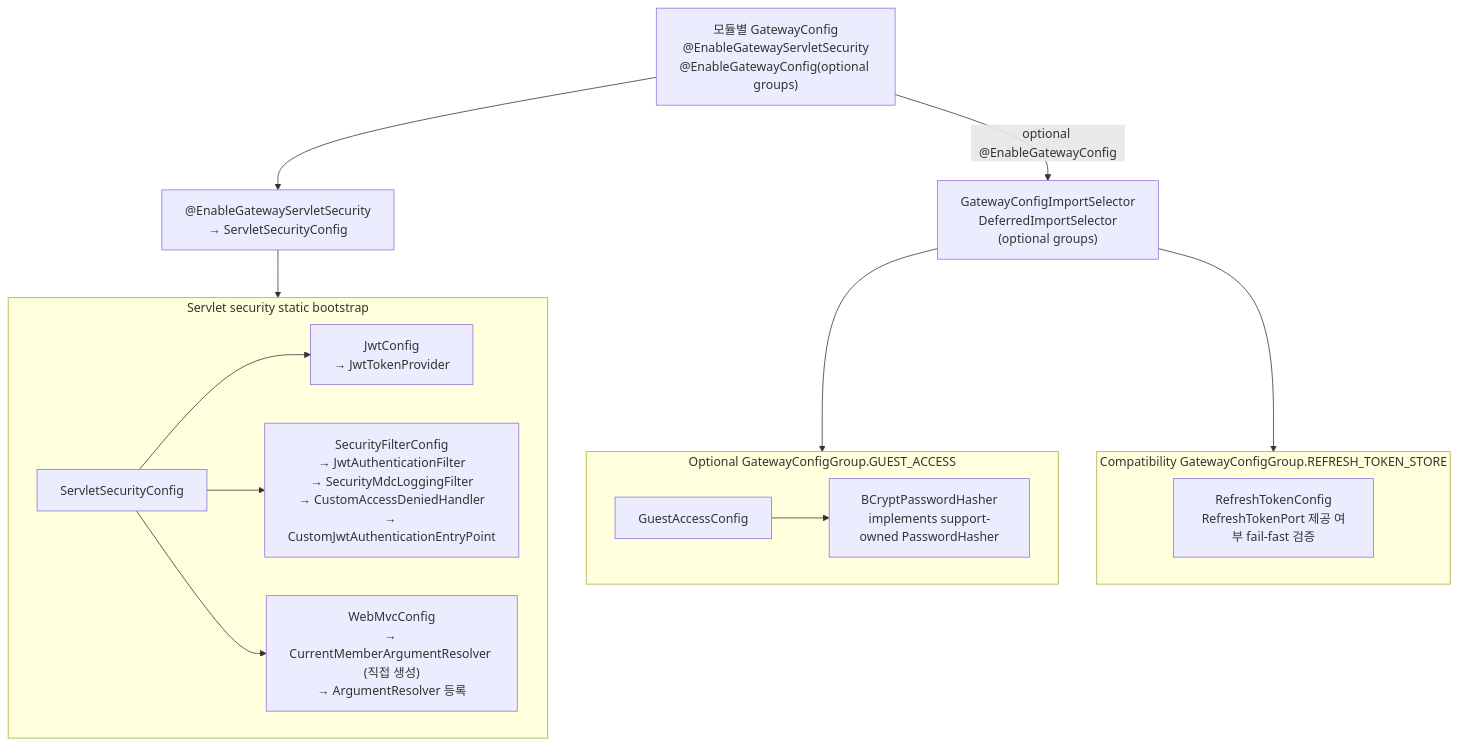
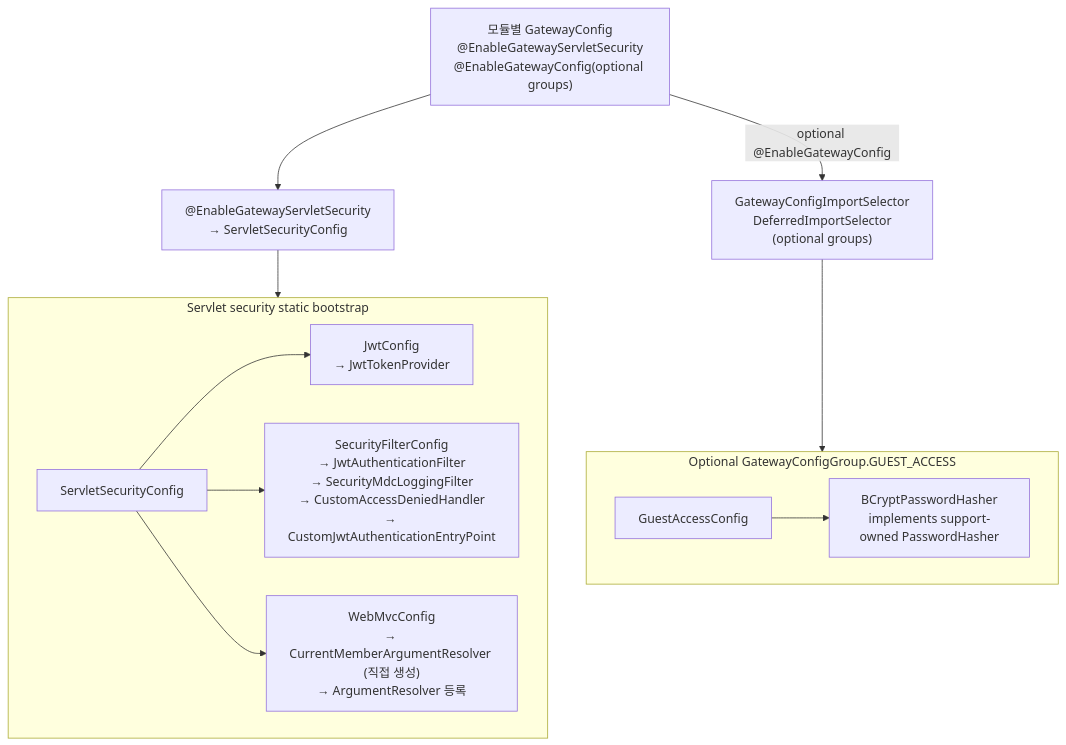
Before and after one commit to TEAM-BEAT/BEAT-SERVER: the second of 4 diagrams in gateway/README.md, drawn with Mermaid. The commit also changed other lines of this file and 4 other files, not shown here.

````diff
--- a/gateway/README.md
+++ b/gateway/README.md
@@ -120,33 +121,28 @@
 ```mermaid
 flowchart TB
     ModuleGatewayConfig["모듈별 GatewayConfig<br/>@EnableGatewayServletSecurity<br/>@EnableGatewayConfig(optional groups)"]
     Selector["GatewayConfigImportSelector<br/>DeferredImportSelector<br/>(optional groups)"]
 
     ServletBootstrap["@EnableGatewayServletSecurity<br/>→ ServletSecurityConfig"]
 
     subgraph SERVLET_BOOTSTRAP["Servlet security static bootstrap"]
         ServletSecurityConfig["ServletSecurityConfig"]
         JwtConfig["JwtConfig<br/>→ JwtTokenProvider"]
         SecurityConfig["SecurityFilterConfig<br/>→ JwtAuthenticationFilter<br/>→ SecurityMdcLoggingFilter<br/>→ CustomAccessDeniedHandler<br/>→ CustomJwtAuthenticationEntryPoint"]
         WebMvcConfig["WebMvcConfig<br/>→ CurrentMemberArgumentResolver (직접 생성)<br/>→ ArgumentResolver 등록"]
     end
 
     subgraph GUEST_ACCESS["Optional GatewayConfigGroup.GUEST_ACCESS"]
         GuestAccessConfig["GuestAccessConfig"]
         BCryptPasswordHasher["BCryptPasswordHasher<br/>implements support-owned PasswordHasher"]
     end
 
-    subgraph REFRESH_TOKEN_STORE["Compatibility GatewayConfigGroup.REFRESH_TOKEN_STORE"]
-        RefreshTokenConfig["RefreshTokenConfig<br/>RefreshTokenPort 제공 여부 fail-fast 검증"]
-    end
-
     ModuleGatewayConfig --> ServletBootstrap
     ModuleGatewayConfig -->|optional @EnableGatewayConfig| Selector
     ServletBootstrap --> SERVLET_BOOTSTRAP
     Selector --> GUEST_ACCESS
-    Selector --> REFRESH_TOKEN_STORE
     ServletSecurityConfig --> JwtConfig
     ServletSecurityConfig --> SecurityConfig
     ServletSecurityConfig --> WebMvcConfig
     GuestAccessConfig --> BCryptPasswordHasher
 ```
````
